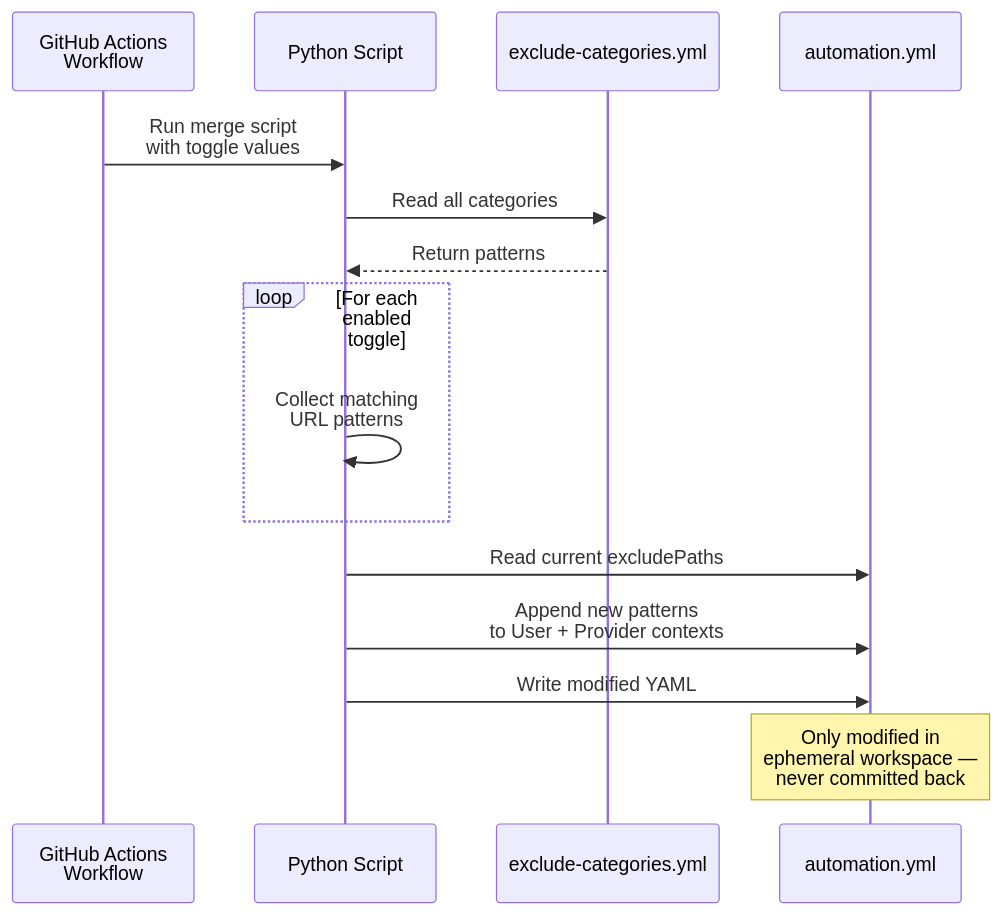
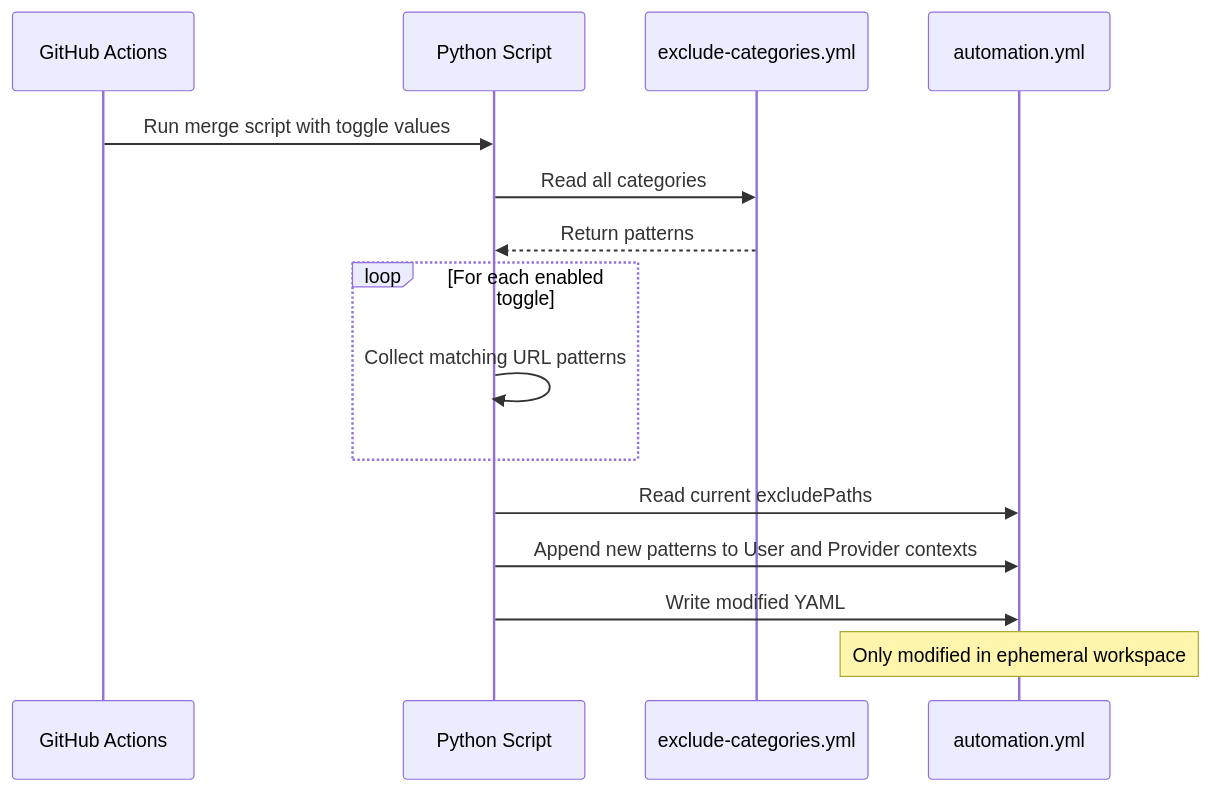
One commit to shubbbbyyyy/DASTSCANNER changed the third of 3 diagrams in docs/04-exclusion-categories.md. Above: the diagram before and after it, drawn with Mermaid. The commit also changed other lines of this file and 6 other files, not shown here.

First line of the commit message:
Fix Mermaid rendering issues across all docs

````diff
--- a/docs/04-exclusion-categories.md
+++ b/docs/04-exclusion-categories.md
@@ -177,21 +177,21 @@
 ```mermaid
 sequenceDiagram
-    participant WF as GitHub Actions<br/>Workflow
+    participant WF as GitHub Actions
     participant PY as Python Script
     participant EC as exclude-categories.yml
     participant AM as automation.yml
 
-    WF->>PY: Run merge script<br/>with toggle values
+    WF->>PY: Run merge script with toggle values
     PY->>EC: Read all categories
     EC-->>PY: Return patterns
 
     loop For each enabled toggle
-        PY->>PY: Collect matching<br/>URL patterns
+        PY->>PY: Collect matching URL patterns
     end
 
     PY->>AM: Read current excludePaths
-    PY->>AM: Append new patterns<br/>to User + Provider contexts
+    PY->>AM: Append new patterns to User and Provider contexts
     PY->>AM: Write modified YAML
 
-    Note over AM: Only modified in<br/>ephemeral workspace —<br/>never committed back
+    Note over AM: Only modified in ephemeral workspace
 ```
````
